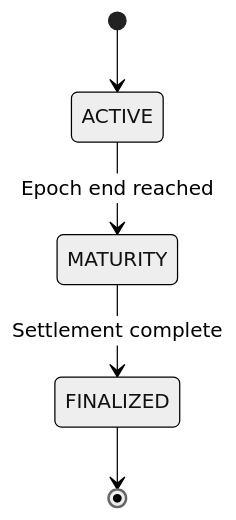
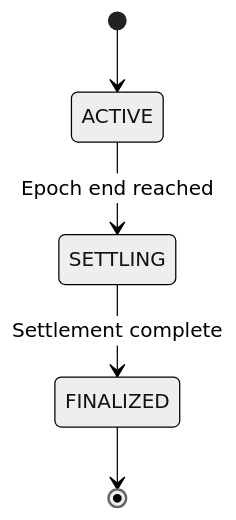
One commit to karnotxyz/docs changed the diagram in learn/epoch-lifecycle.mdx. Above: the diagram before and after it, drawn with Mermaid (neutral theme). The commit also changed other lines of this file and 12 other files, not shown here.

````diff
--- a/learn/epoch-lifecycle.mdx
+++ b/learn/epoch-lifecycle.mdx
@@ -11,7 +11,7 @@
 ```mermaid
 stateDiagram-v2
     [*] --> ACTIVE
-    ACTIVE --> MATURITY : Epoch end reached
-    MATURITY --> FINALIZED : Settlement complete
+    ACTIVE --> SETTLING : Epoch end reached
+    SETTLING --> FINALIZED : Settlement complete
     FINALIZED --> [*]
 ```
````
